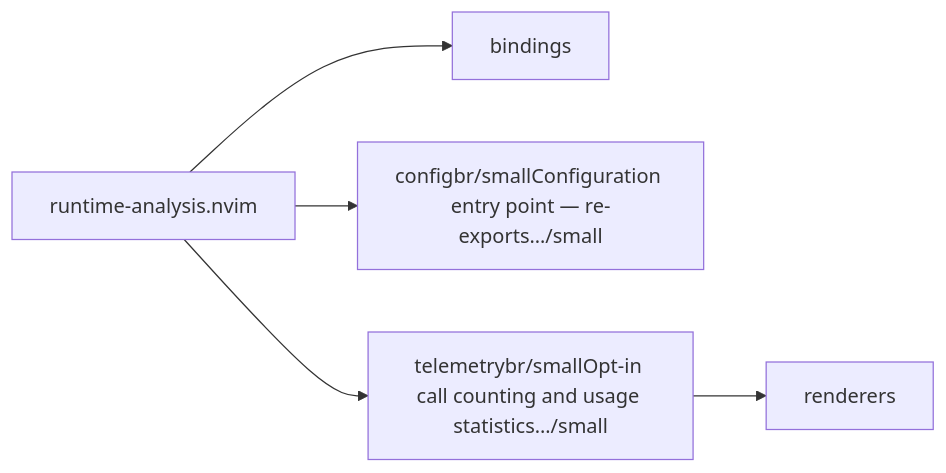
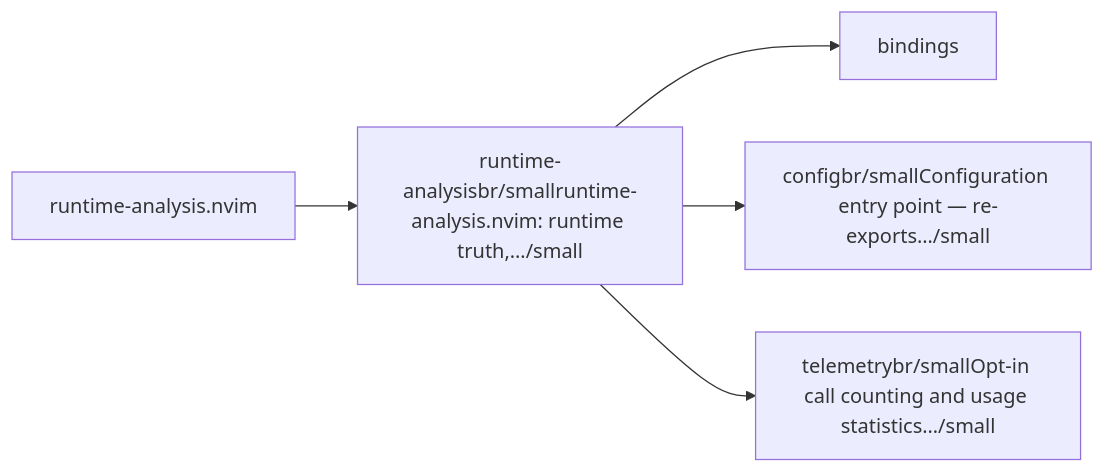
The first of 2 diagrams in docs/map/overview.md (StefanBartl/runtime-analysis.nvim), drawn with Mermaid before and after one commit. The commit also changed other lines of this file and 2 other files, not shown here.

````diff
--- a/docs/map/overview.md
+++ b/docs/map/overview.md
@@ -14,12 +14,12 @@
 ```mermaid
 flowchart LR
-  nlua_runtime_analysis["runtime-analysis.nvim"]
+  nlua["runtime-analysis.nvim"]
+  nlua_runtime_analysis["runtime-analysisbr/smallruntime-analysis.nvim: runtime truth,…/small"]
   nlua_runtime_analysis_bindings["bindings"]
   nlua_runtime_analysis_config["configbr/smallConfiguration entry point — re-exports…/small"]
   nlua_runtime_analysis_telemetry["telemetrybr/smallOpt-in call counting and usage statistics…/small"]
-  nlua_runtime_analysis_telemetry_renderers["renderers"]
+  nlua --> nlua_runtime_analysis
   nlua_runtime_analysis --> nlua_runtime_analysis_bindings
   nlua_runtime_analysis --> nlua_runtime_analysis_config
   nlua_runtime_analysis --> nlua_runtime_analysis_telemetry
-  nlua_runtime_analysis_telemetry --> nlua_runtime_analysis_telemetry_renderers
 ```
````
